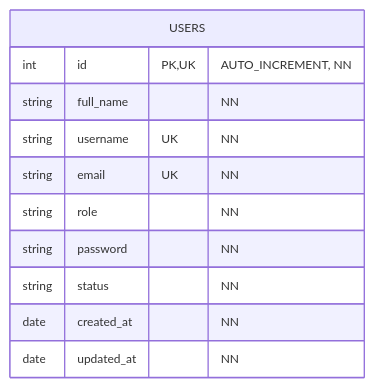
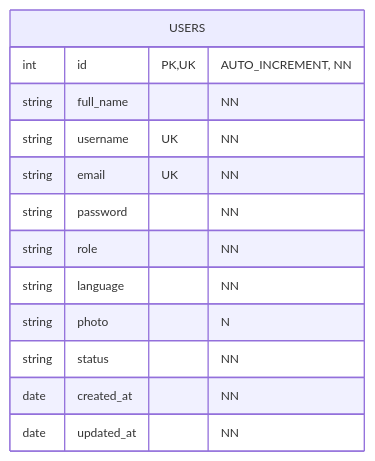
One commit to Juandiego001/lab-dental changed diagram 22 of 45 in docs/db/db.md. Above: the diagram before and after it, drawn with Mermaid. The commit also changed other lines of this file and 71 other files, not shown here.

````diff
--- a/docs/db/db.md
+++ b/docs/db/db.md
@@ -407,15 +416,17 @@
 ```mermaid
 %%{init: {'theme': 'default', 'themeVariables': { 'fontSize': '12px', 'entityPadding': '5' }}}%%
 erDiagram
     USERS {
         int id PK, UK "AUTO_INCREMENT, NN"
         string full_name "NN"
         string username UK "NN"
         string email UK "NN"
+        string password "NN"
         string role "NN"
-        string password "NN"
+        string language "NN"
+        string photo "N"
         string status "NN"
         date created_at "NN"
         date updated_at "NN"
     }
 ```
````
